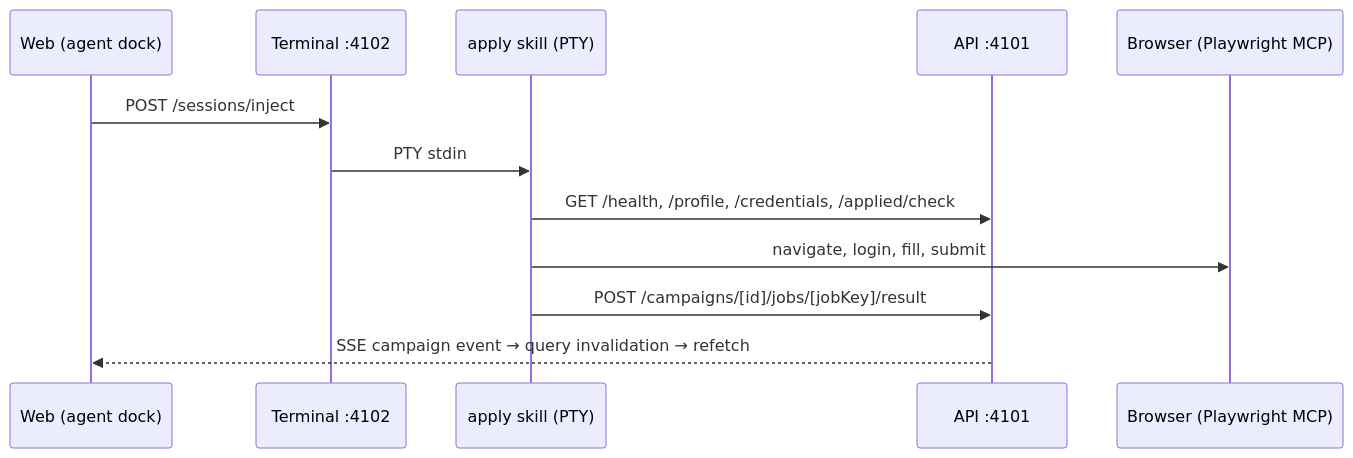
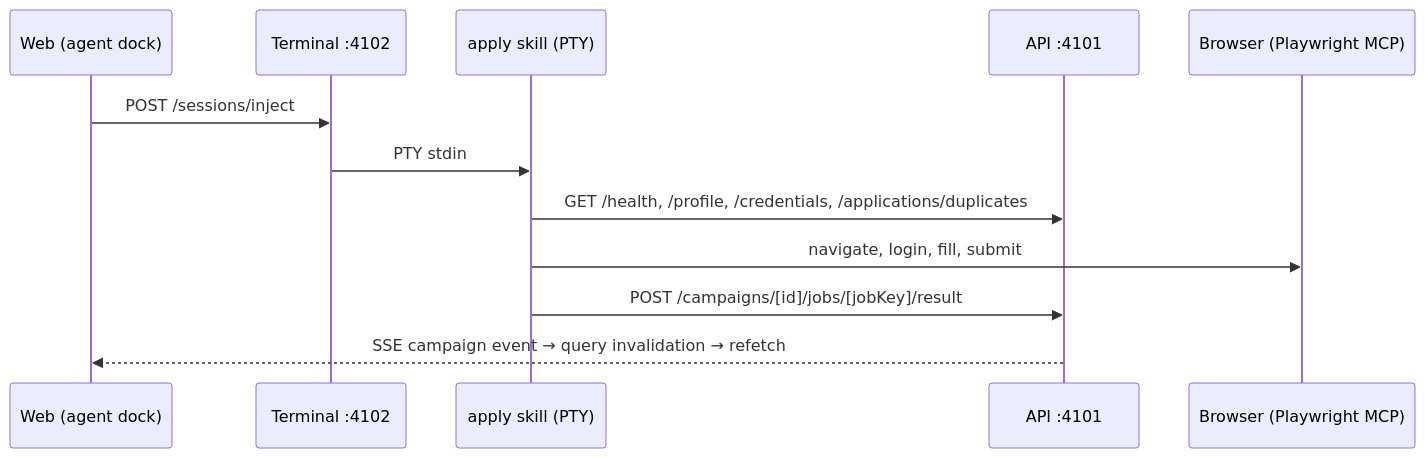
One commit to suxrobGM/jobpilot changed the second of 2 diagrams in docs/development.md. Above: the diagram before and after it, drawn with Mermaid. The commit also changed 98 other files, not shown here.

````diff
--- a/docs/development.md
+++ b/docs/development.md
@@ -207,15 +207,15 @@
 ```mermaid
 sequenceDiagram
     participant W as Web (agent dock)
     participant T as Terminal :4102
     participant S as apply skill (PTY)
     participant API as API :4101
     participant B as Browser (Playwright MCP)
 
     W->>T: POST /sessions/inject
     T->>S: PTY stdin
-    S->>API: GET /health, /profile, /credentials, /applied/check
+    S->>API: GET /health, /profile, /credentials, /applications/duplicates
     S->>B: navigate, login, fill, submit
     S->>API: POST /campaigns/[id]/jobs/[jobKey]/result
     API-->>W: SSE campaign event → query invalidation → refetch
 ```
````
